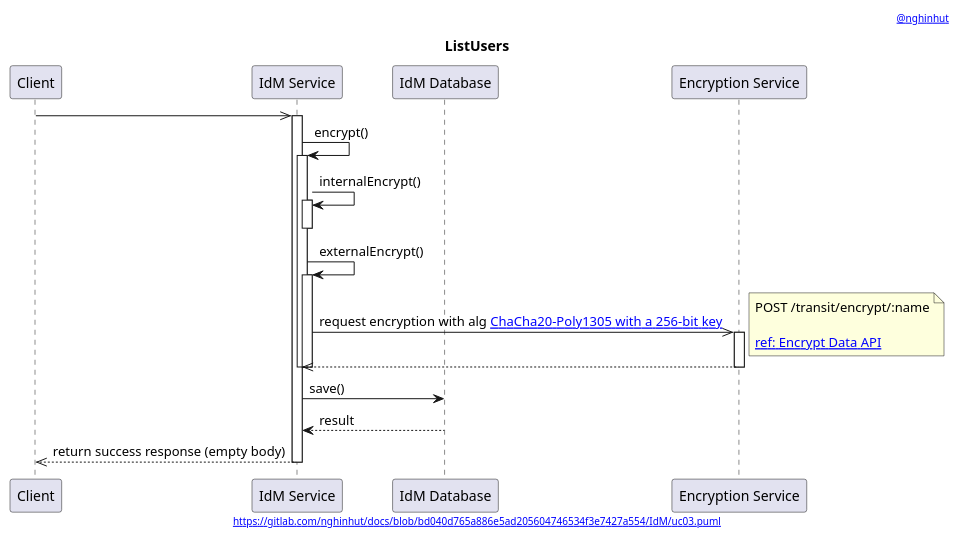
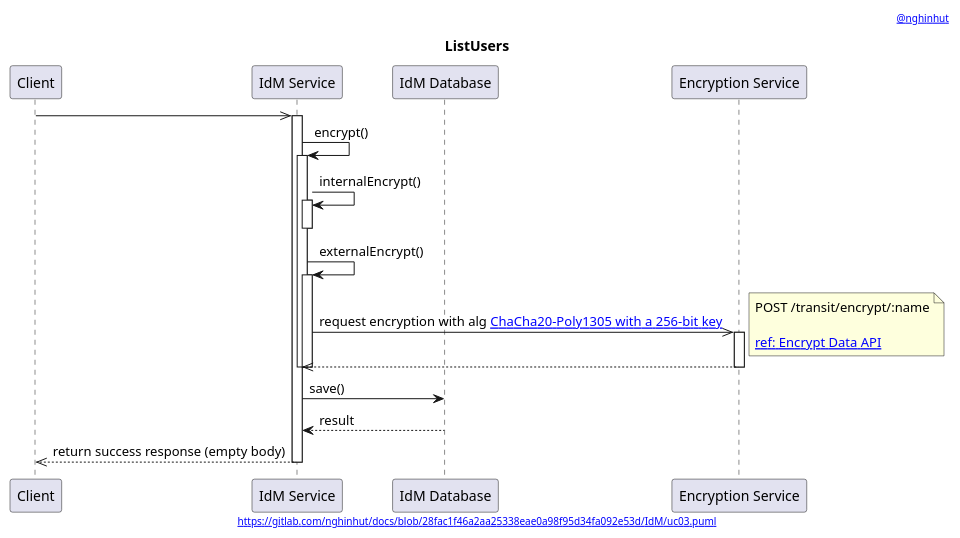
The diagram in IdM/uc03.sequence.puml (nghinhut/docs), drawn with PlantUML before and after one commit. The commit also changed 18 other files, not shown here.

Commit message:
Update diagrams

```diff
--- a/IdM/uc03.sequence.puml
+++ b/IdM/uc03.sequence.puml
@@ -1,43 +1,43 @@
 @startuml
 '-----START auto generated metadata please keep comment here to allow auto update-----
 '-----DON'T EDIT THIS SECTION, INSTEAD RE-RUN prebuild.sh TO UPDATE-----
-header [[www.nghinhut.dev?from=http://www.plantuml.com/plantuml/proxy?fmt=svg&src=https://gitlab.com/nghinhut/docs/raw/bd040d765a886e5ad205604746534f3e7427a554/IdM/uc03.puml @nghinhut]]
-footer [[http://www.plantuml.com/plantuml/proxy?fmt=svg&src=https://gitlab.com/nghinhut/docs/raw/bd040d765a886e5ad205604746534f3e7427a554/IdM/uc03.puml https://gitlab.com/nghinhut/docs/blob/bd040d765a886e5ad205604746534f3e7427a554/IdM/uc03.puml]]
+header [[www.nghinhut.dev?from=http%5C%3A%5C%2F%5C%2Fwww%5C.plantuml%5C.com%5C%2Fplantuml%5C%2Fproxy%3Ffmt%3Dsvg%5C%26src%3Dhttps%5C%3A%5C%2F%5C%2Fgitlab%5C.com%5C%2Fnghinhut%5C%2Fdocs%5C%2Fraw%5C%2F28fac1f46a2aa25338eae0a98f95d34fa092e53d%5C%2FIdM%5C%2Fuc03%5C.puml%0A @nghinhut]]
+footer [[http://www.plantuml.com/plantuml/proxy?fmt=svg&src=https://gitlab.com/nghinhut/docs/raw/28fac1f46a2aa25338eae0a98f95d34fa092e53d/IdM/uc03.puml https://gitlab.com/nghinhut/docs/blob/28fac1f46a2aa25338eae0a98f95d34fa092e53d/IdM/uc03.puml]]
 '-----END auto generated metadata please keep comment here to allow auto update-----
 title ListUsers
 
 participant "Client" as client
 participant "IdM Service" as idm
 participant "IdM Database" as db
 participant "Encryption Service" as es
 
 client ->> idm
 activate idm
 
 idm -> idm : encrypt()
 activate idm
 idm -> idm : internalEncrypt()
 activate idm
 deactivate idm
 
 idm -> idm : externalEncrypt()
 activate idm
 idm ->> es : request encryption with alg [[https://www.vaultproject.io/docs/secrets/transit/index.html#chacha20-poly1305 ChaCha20-Poly1305 with a 256-bit key]]
 note right
     POST /transit/encrypt/:name
 
     [[https://www.vaultproject.io/api/secret/transit/index.html#encrypt-data ref: Encrypt Data API]]
 end note
 activate es
 idm <<-- es
 deactivate es
 deactivate idm
 deactivate idm
 
 idm -> db : save()
 idm <-- db : result
 
 client <<-- idm : return success response (empty body)
 deactivate idm
 
 @enduml
```
